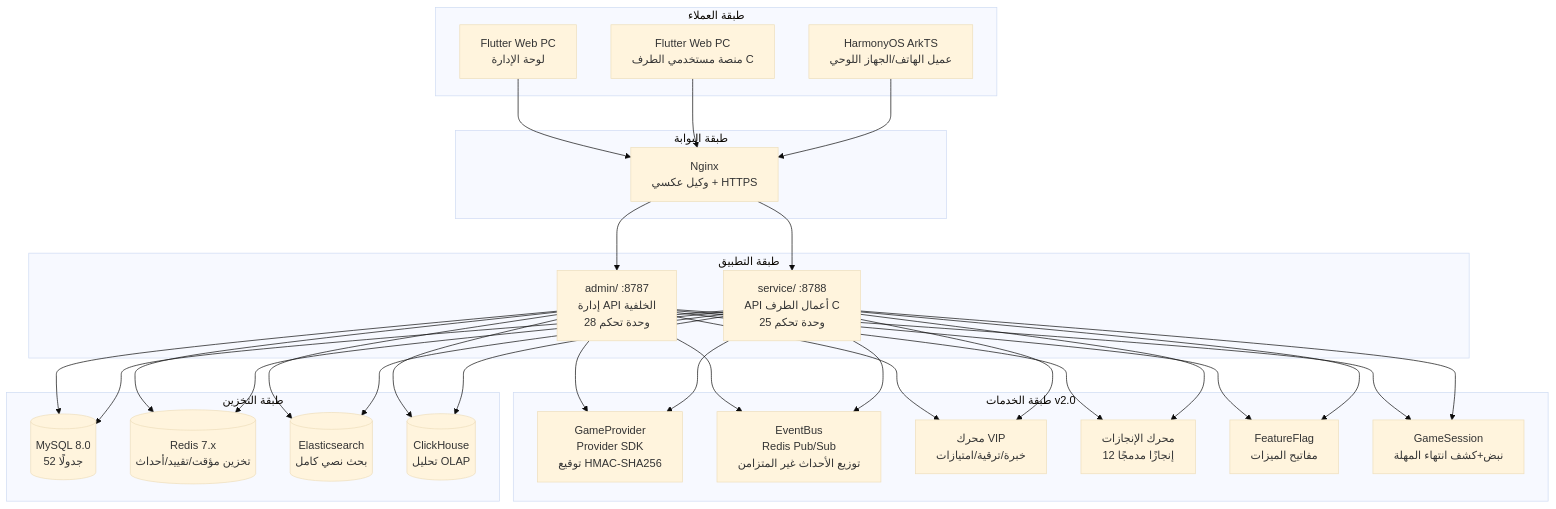
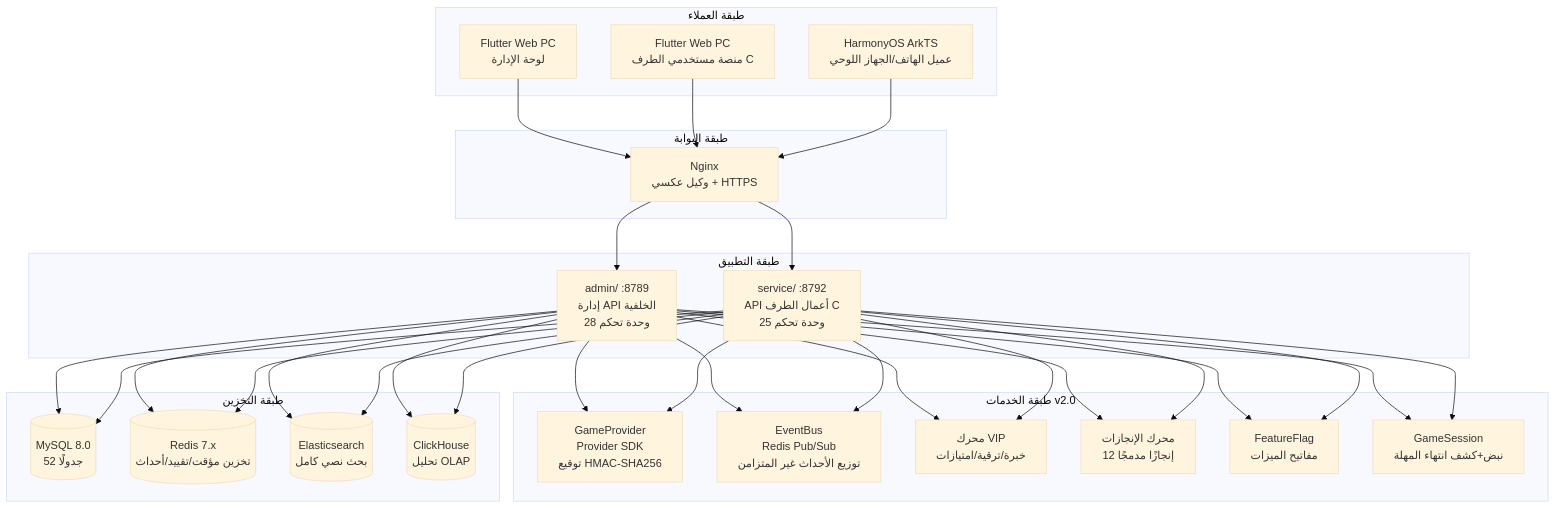
Before and after one commit to erikwang2013/game-platform-php: the diagram in admin/docs/diagrams/01-system-architecture.ar.md, drawn with Mermaid (base theme). The commit also changed 265 other files, not shown here.

````diff
--- a/admin/docs/diagrams/01-system-architecture.ar.md
+++ b/admin/docs/diagrams/01-system-architecture.ar.md
@@ -7,38 +7,38 @@
 ```mermaid
 flowchart TB
     subgraph "طبقة العملاء"
         A1["Flutter Web PC<br/>لوحة الإدارة"]
         A2["Flutter Web PC<br/>منصة مستخدمي الطرف C"]
         A3["HarmonyOS ArkTS<br/>عميل الهاتف/الجهاز اللوحي"]
     end
 
     subgraph "طبقة البوابة"
         B1["Nginx<br/>وكيل عكسي + HTTPS"]
     end
 
     subgraph "طبقة التطبيق"
-        C1["admin/ :8787<br/>إدارة API الخلفية<br/>28 وحدة تحكم"]
-        C2["service/ :8788<br/>API أعمال الطرف C<br/>25 وحدة تحكم"]
+        C1["admin/ :8789<br/>إدارة API الخلفية<br/>28 وحدة تحكم"]
+        C2["service/ :8792<br/>API أعمال الطرف C<br/>25 وحدة تحكم"]
     end
 
     subgraph "طبقة الخدمات v2.0"
         D1["GameProvider<br/>Provider SDK<br/>توقيع HMAC-SHA256"]
         D2["EventBus<br/>Redis Pub/Sub<br/>توزيع الأحداث غير المتزامن"]
         D3["محرك VIP<br/>خبرة/ترقية/امتيازات"]
         D4["محرك الإنجازات<br/>12 إنجازًا مدمجًا"]
         D5["FeatureFlag<br/>مفاتيح الميزات"]
         D6["GameSession<br/>نبض+كشف انتهاء المهلة"]
     end
 
     subgraph "طبقة التخزين"
         E1[("MySQL 8.0<br/>52 جدولًا")]
         E2[("Redis 7.x<br/>تخزين مؤقت/تقييد/أحداث")]
         E3[("Elasticsearch<br/>بحث نصي كامل")]
         E4[("ClickHouse<br/>تحليل OLAP")]
     end
 
     A1 & A2 & A3 --> B1
     B1 --> C1 & C2
     C1 & C2 --> D1 & D2 & D3 & D4 & D5 & D6
     C1 & C2 --> E1 & E2 & E3 & E4
 ```
````
